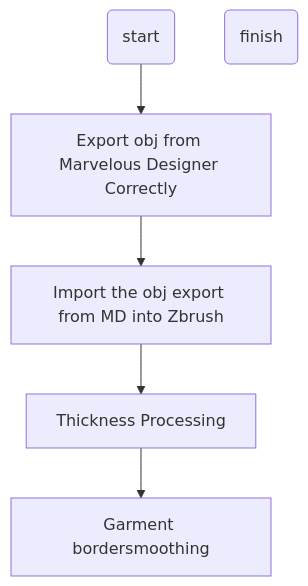
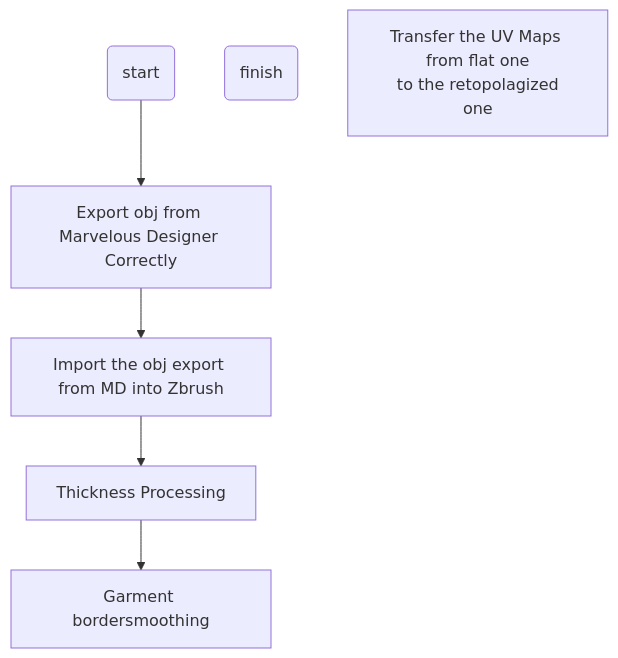
One commit to Navix647/Unreal_World changed the diagram in Zbrush.md. Above: the diagram before and after it, drawn with Mermaid. The commit also changed other lines of this file, not shown here.

````diff
--- a/Zbrush.md
+++ b/Zbrush.md
@@ -4,14 +4,14 @@
 ```mermaid
 flowchart
 	st(start)
 	mdexport[Export obj from Marvelous Designer Correctly]
 	zbimport[Import the obj export from MD into Zbrush]
 	ed(finish)
-	
+	uvtransfer[Transfer the UV Maps from flat one\n to the retopolagized one]
 	thickness[Thickness Processing]
 	bordersmooth[Garment bordersmoothing]
 	st-->mdexport-->zbimport-->thickness-->bordersmooth
 	
 
 
 ```
````
